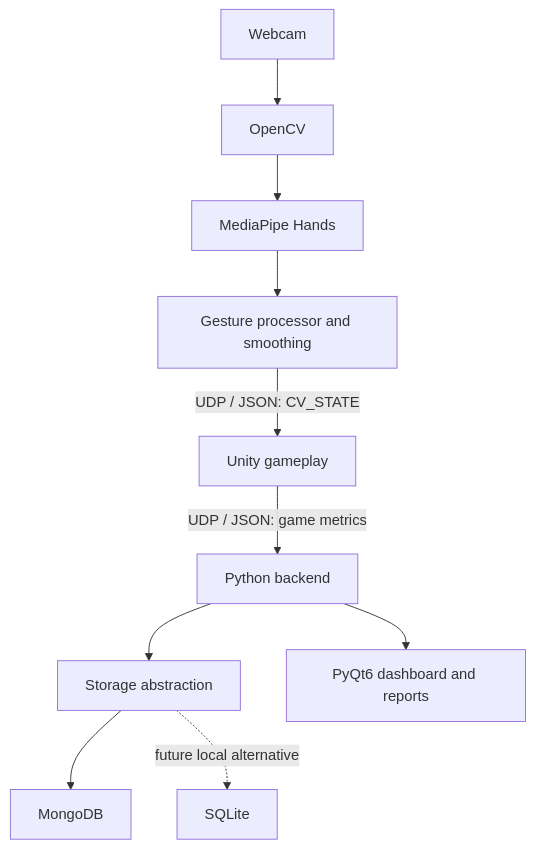
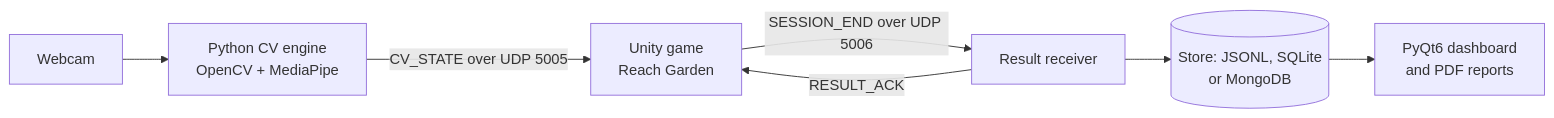
One commit to DSstore/MotionPlay changed the diagram in README.md. Above: the diagram before and after it, drawn with Mermaid. The commit also changed other lines of this file and 10 other files, not shown here.

First line of the commit message:
docs: add Phase 19 architecture and configuration documentation

````diff
--- a/README.md
+++ b/README.md
@@ -17,12 +24,9 @@
 ```mermaid
-flowchart TD
-    Webcam --> OpenCV
-    OpenCV --> MediaPipe[MediaPipe Hands]
-    MediaPipe --> Gestures[Gesture processor and smoothing]
-    Gestures -->|UDP / JSON: CV_STATE| Unity[Unity gameplay]
-    Unity -->|UDP / JSON: game metrics| Backend[Python backend]
-    Backend --> Storage[Storage abstraction]
-    Storage --> MongoDB
-    Storage -. future local alternative .-> SQLite
-    Backend --> Dashboard[PyQt6 dashboard and reports]
+flowchart LR
+    Cam[Webcam] --> CV[Python CV engine<br/>OpenCV + MediaPipe]
+    CV -- "CV_STATE over UDP 5005" --> U[Unity game<br/>Reach Garden]
+    U -- "SESSION_END over UDP 5006" --> R[Result receiver]
+    R -- "RESULT_ACK" --> U
+    R --> S[(Store: JSONL, SQLite<br/>or MongoDB)]
+    S --> D[PyQt6 dashboard<br/>and PDF reports]
 ```
````
